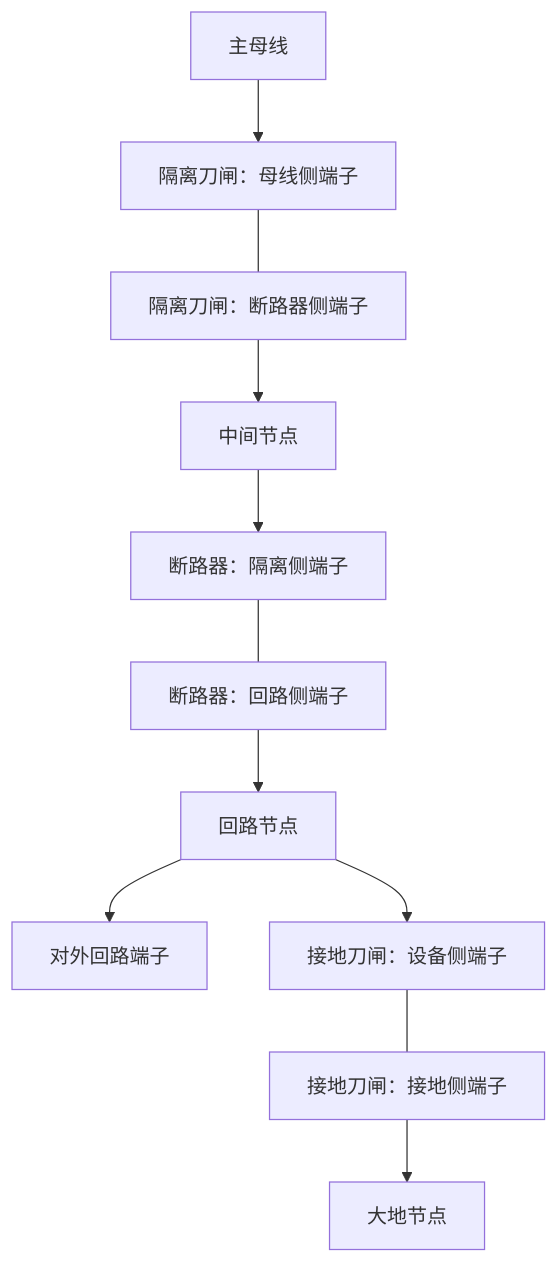
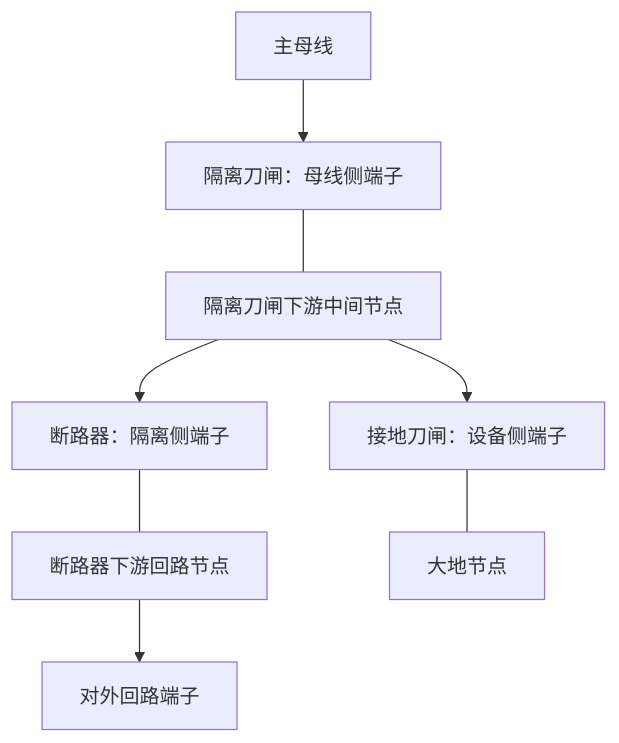
Before and after one commit to DamoclesJ/10kV-Distribution-Drawing: the third of 3 diagrams in docs/ring-cabinet-design.md, drawn with Mermaid. The commit also changed other lines of this file and 2 other files, not shown here.

````diff
--- a/docs/ring-cabinet-design.md
+++ b/docs/ring-cabinet-design.md
@@ -186,13 +212,10 @@
 ```mermaid
 flowchart TB
     BUS["主母线"] --> DS1["隔离刀闸：母线侧端子"]
-    DS1 --- DS2["隔离刀闸：断路器侧端子"]
-    DS2 --> MID["中间节点"]
+    DS1 --- MID["隔离刀闸下游中间节点"]
     MID --> CB1["断路器：隔离侧端子"]
-    CB1 --- CB2["断路器：回路侧端子"]
-    CB2 --> NODE["回路节点"]
+    CB1 --- NODE["断路器下游回路节点"]
     NODE --> OUT["对外回路端子"]
-    NODE --> ES1["接地刀闸：设备侧端子"]
-    ES1 --- ES2["接地刀闸：接地侧端子"]
-    ES2 --> EARTH["大地节点"]
+    MID --> ES1["接地刀闸：设备侧端子"]
+    ES1 --- EARTH["大地节点"]
 ```
````
